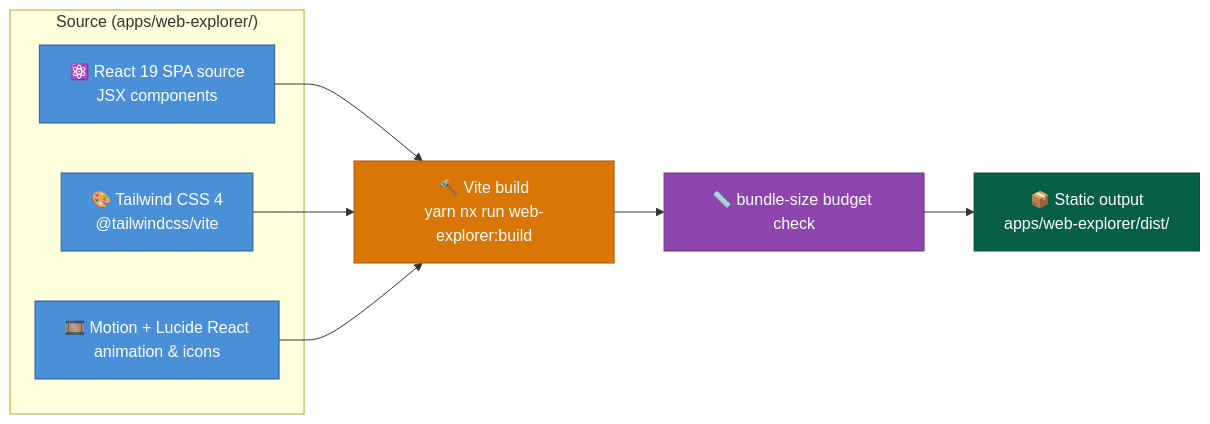
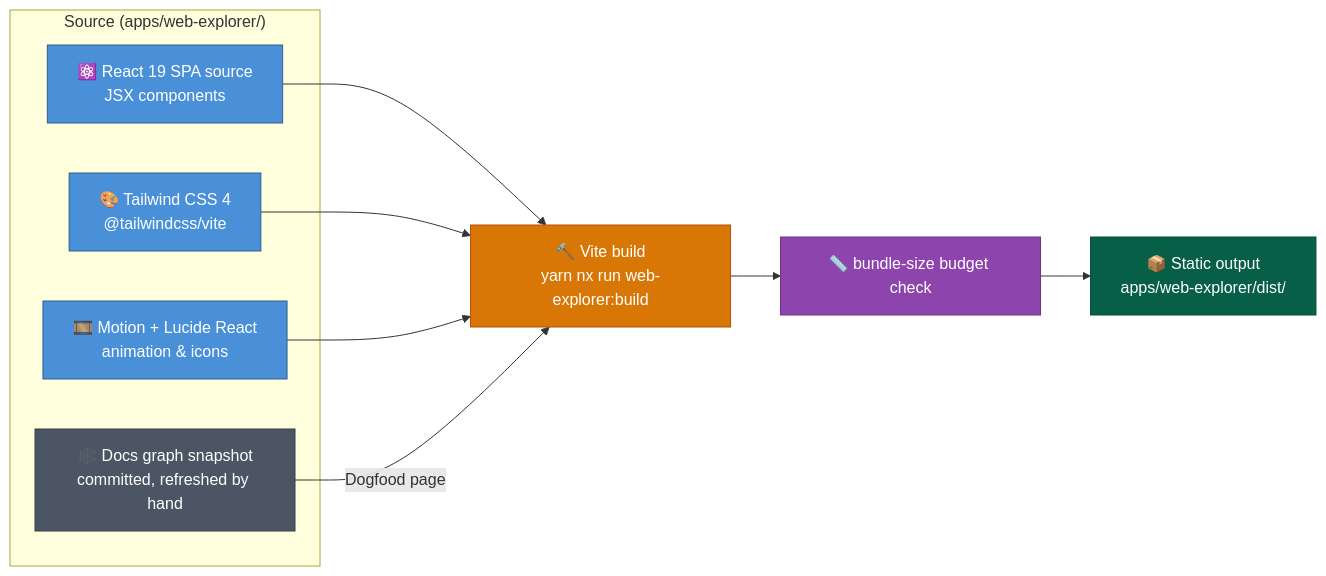
The diagram in docs/Target Architecture (HLD)/v1/Containers/Web Explorer.md (DataArt/artisyn-implementation-harness), drawn with Mermaid before and after one commit. The commit also changed other lines of this file and 372 other files, not shown here.

First line of the commit message:
feat(harness): okf-compatible knowledge base with og scope guard, schema v1, migrate and check (4.2.0) (#23)

````diff
--- a/docs/Target Architecture (HLD)/v1/Containers/Web Explorer.md
+++ b/docs/Target Architecture (HLD)/v1/Containers/Web Explorer.md
@@ -13,23 +17,26 @@
 ```mermaid
 flowchart LR
     subgraph SOURCE ["  Source (apps/web-explorer/)  "]
         SRC["⚛️ React 19 SPA source\nJSX components"]:::source
         STYLE["🎨 Tailwind CSS 4\n@tailwindcss/vite"]:::source
         MOTION["🎞️ Motion + Lucide React\nanimation & icons"]:::source
+        SNAP["🕸️ Docs graph snapshot\ncommitted, refreshed by hand"]:::snapshot
     end
 
     BUILD["🔨 Vite build\nyarn nx run web-explorer:build"]:::build
     BUDGET["📏 bundle-size budget check"]:::budget
 
     DIST["📦 Static output\napps/web-explorer/dist/"]:::dist
 
     SRC --> BUILD
     STYLE --> BUILD
     MOTION --> BUILD
+    SNAP -->|"Dogfood page"| BUILD
     BUILD --> BUDGET --> DIST
 
     classDef source fill:#4A90D9,stroke:#2C5F8A,color:#fff
+    classDef snapshot fill:#4B5563,stroke:#374151,color:#fff
     classDef build  fill:#D97706,stroke:#B45309,color:#fff
     classDef budget fill:#8E44AD,stroke:#6C3483,color:#fff
     classDef dist   fill:#065F46,stroke:#064e3b,color:#fff
 ```
````
